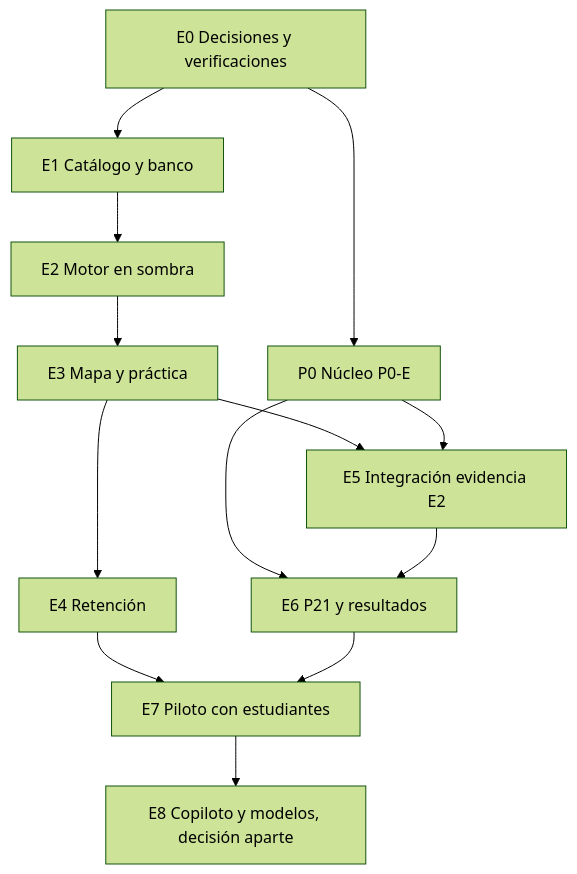
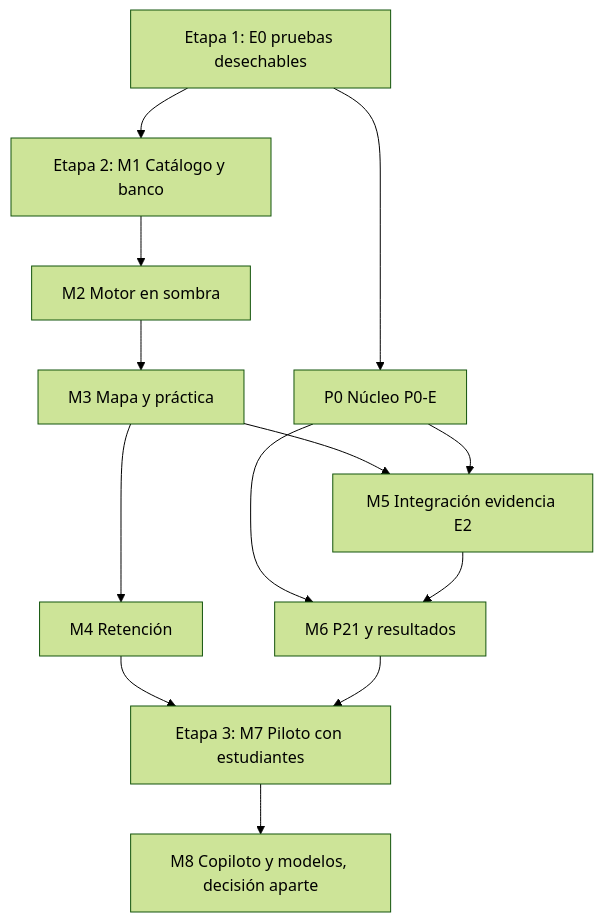
The diagram in docs/vortice/diseno-tecnico/09_PLAN_DE_IMPLEMENTACION.md (juanpablomonsalvezb-alt/brkl), drawn with Mermaid (forest theme) before and after one commit. The commit also changed other lines of this file and 11 other files, not shown here.

````diff
--- a/docs/vortice/diseno-tecnico/09_PLAN_DE_IMPLEMENTACION.md
+++ b/docs/vortice/diseno-tecnico/09_PLAN_DE_IMPLEMENTACION.md
@@ -9,15 +9,15 @@
 ```mermaid
 flowchart TD
-  E0[E0 Decisiones y verificaciones] --> E1[E1 Catálogo y banco]
-  E1 --> E2M[E2 Motor en sombra]
-  E2M --> E3[E3 Mapa y práctica]
+  E0[Etapa 1: E0 pruebas desechables] --> M1[Etapa 2: M1 Catálogo y banco]
+  M1 --> M2[M2 Motor en sombra]
+  M2 --> M3[M3 Mapa y práctica]
   E0 --> P0[P0 Núcleo P0-E]
-  E3 --> E5[E5 Integración evidencia E2]
-  P0 --> E5
-  P0 --> E6[E6 P21 y resultados]
-  E5 --> E6
-  E3 --> E4[E4 Retención]
-  E4 --> E7[E7 Piloto con estudiantes]
-  E6 --> E7
-  E7 --> E8[E8 Copiloto y modelos, decisión aparte]
+  M3 --> M5[M5 Integración evidencia E2]
+  P0 --> M5
+  P0 --> M6[M6 P21 y resultados]
+  M5 --> M6
+  M3 --> M4[M4 Retención]
+  M4 --> M7[Etapa 3: M7 Piloto con estudiantes]
+  M6 --> M7
+  M7 --> M8[M8 Copiloto y modelos, decisión aparte]
 ```
````
